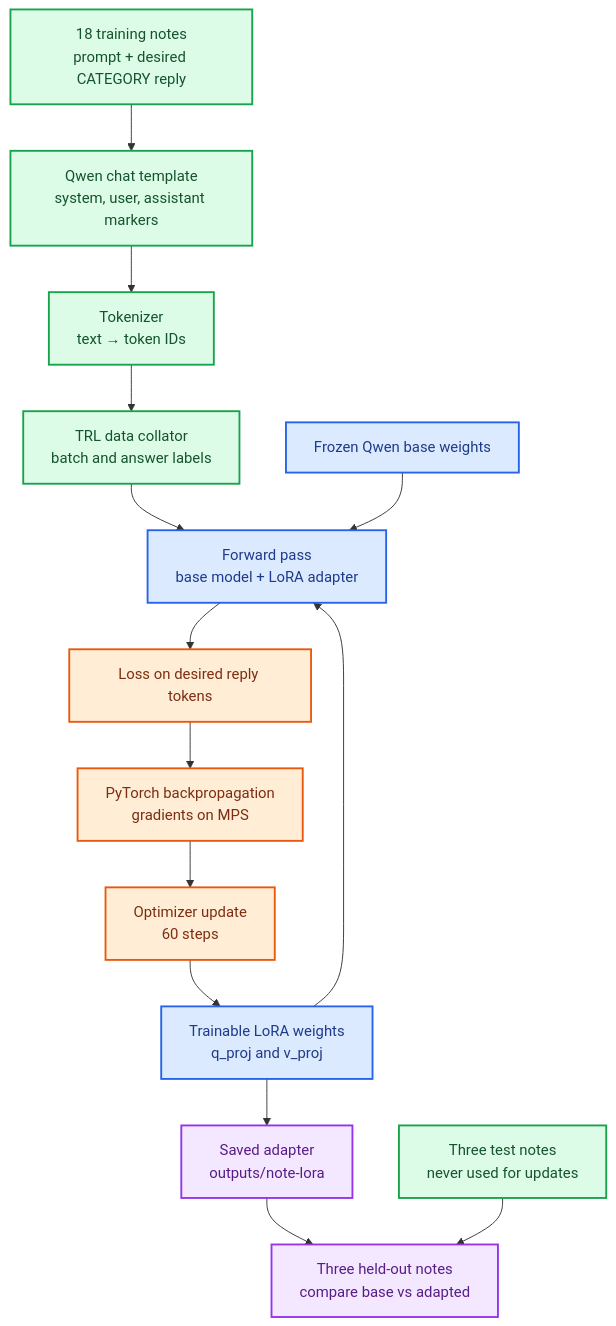
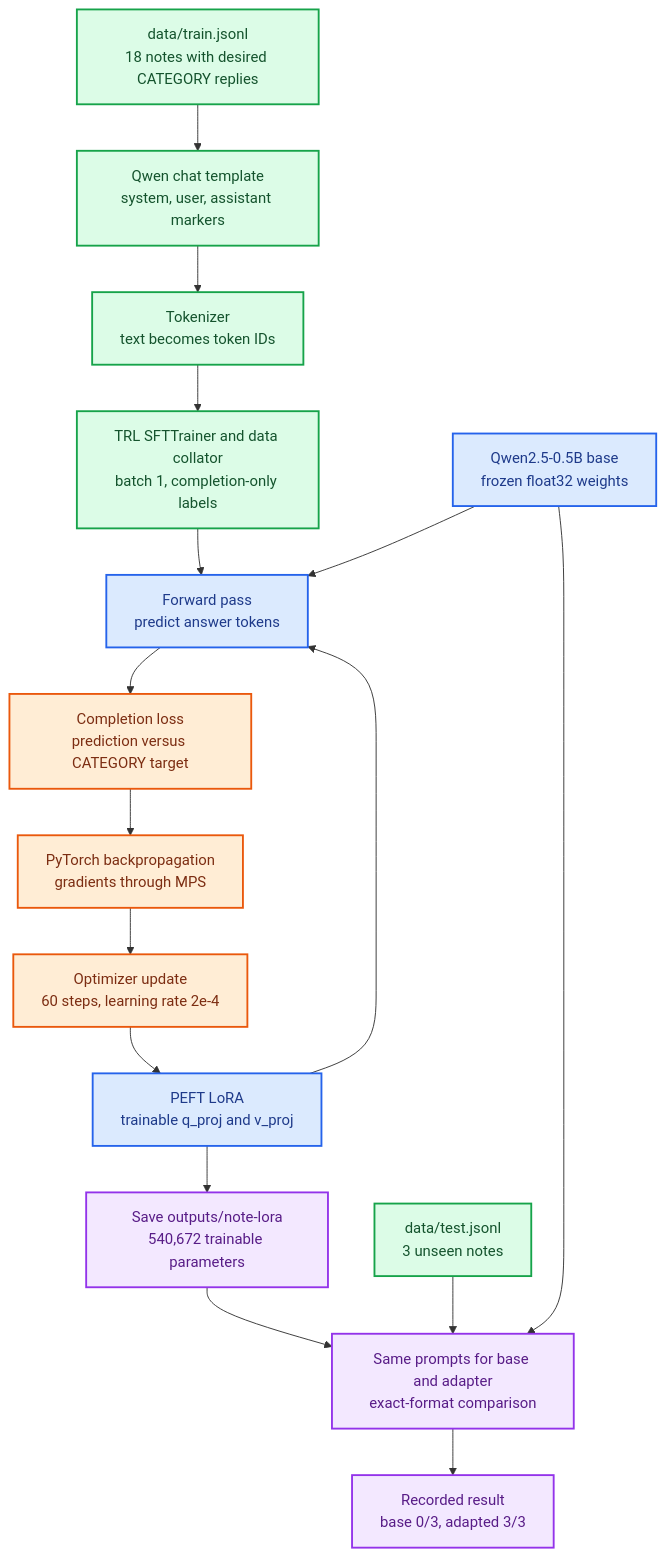
The first of 2 diagrams in docs/architecture.md (ssganiger/mac-llm-finetuning-lab), drawn with Mermaid before and after one commit. The commit also changed other lines of this file, not shown here.

Commit message:
Refresh Mermaid maps for Qwen TRL exercise

````diff
--- a/docs/architecture.md
+++ b/docs/architecture.md
@@ -5,25 +7,27 @@
 ```mermaid
 graph TD
-    A["18 training notes<br/>prompt + desired CATEGORY reply"] --> B["Qwen chat template<br/>system, user, assistant markers"]
-    B --> C["Tokenizer<br/>text → token IDs"]
-    C --> D["TRL data collator<br/>batch and answer labels"]
-    D --> E["Forward pass<br/>base model + LoRA adapter"]
-    F["Frozen Qwen base weights"] --> E
-    G["Trainable LoRA weights<br/>q_proj and v_proj"] --> E
-    E --> H["Loss on desired reply tokens"]
-    H --> I["PyTorch backpropagation<br/>gradients on MPS"]
-    I --> J["Optimizer update<br/>60 steps"]
+    A["data/train.jsonl<br/>18 notes with desired CATEGORY replies"] --> B["Qwen chat template<br/>system, user, assistant markers"]
+    B --> C["Tokenizer<br/>text becomes token IDs"]
+    C --> D["TRL SFTTrainer and data collator<br/>batch 1, completion-only labels"]
+    D --> E["Forward pass<br/>predict answer tokens"]
+    F["Qwen2.5-0.5B base<br/>frozen float32 weights"] --> E
+    G["PEFT LoRA<br/>trainable q_proj and v_proj"] --> E
+    E --> H["Completion loss<br/>prediction versus CATEGORY target"]
+    H --> I["PyTorch backpropagation<br/>gradients through MPS"]
+    I --> J["Optimizer update<br/>60 steps, learning rate 2e-4"]
     J --> G
-    G --> K["Saved adapter<br/>outputs/note-lora"]
-    K --> L["Three held-out notes<br/>compare base vs adapted"]
-    M["Three test notes<br/>never used for updates"] --> L
+    G --> K["Save outputs/note-lora<br/>540,672 trainable parameters"]
+    T["data/test.jsonl<br/>3 unseen notes"] --> V["Same prompts for base and adapter<br/>exact-format comparison"]
+    F --> V
+    K --> V
+    V --> R["Recorded result<br/>base 0/3, adapted 3/3"]
 
     classDef data fill:#DCFCE7,stroke:#16A34A,color:#14532D,stroke-width:2px;
     classDef model fill:#DBEAFE,stroke:#2563EB,color:#1E3A8A,stroke-width:2px;
     classDef train fill:#FFEDD5,stroke:#EA580C,color:#7C2D12,stroke-width:2px;
     classDef result fill:#F3E8FF,stroke:#9333EA,color:#581C87,stroke-width:2px;
-    class A,B,C,D,M data;
+    class A,B,C,D,T data;
     class E,F,G model;
     class H,I,J train;
-    class K,L result;
+    class K,V,R result;
 ```
````
